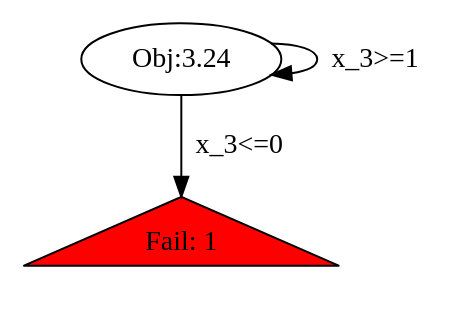
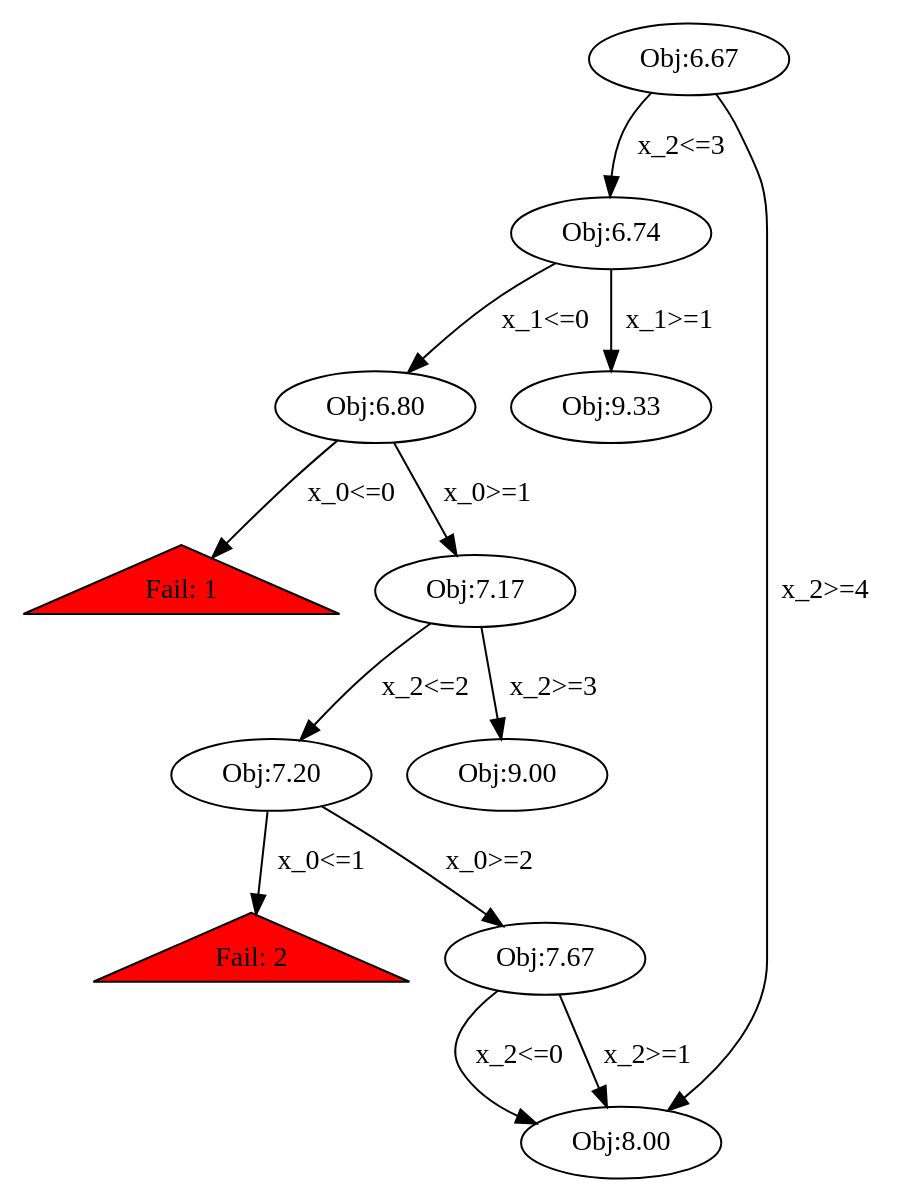
One commit to taj-gillin/explorateur changed the diagram in examples/branch_and_bound/output.dot. Above: the diagram before and after it, drawn with Graphviz. The commit also changed 6 other files, not shown here.

```diff
--- a/examples/branch_and_bound/output.dot
+++ b/examples/branch_and_bound/output.dot
@@ -1,6 +1,17 @@
 digraph G {
 spline=line;
-1 [label="Fail: 1" shape=triangle style=filled fillcolor=red];
-"Obj:3.24" -> 1 [label="x_3<=0"];
-"Obj:3.24" -> "Obj:3.24" [label="x_3>=1"];
+"Obj:6.67" -> "Obj:6.74" [label="x_2<=3"];
+"Obj:6.67" -> "Obj:8.00" [label="x_2>=4"];
+"Obj:6.74" -> "Obj:6.80" [label="x_1<=0"];
+"Obj:6.74" -> "Obj:9.33" [label="x_1>=1"];
+5 [label="Fail: 1" shape=triangle style=filled fillcolor=red];
+"Obj:6.80" -> 5 [label="x_0<=0"];
+"Obj:6.80" -> "Obj:7.17" [label="x_0>=1"];
+"Obj:7.17" -> "Obj:7.20" [label="x_2<=2"];
+"Obj:7.17" -> "Obj:9.00" [label="x_2>=3"];
+9 [label="Fail: 2" shape=triangle style=filled fillcolor=red];
+"Obj:7.20" -> 9 [label="x_0<=1"];
+"Obj:7.20" -> "Obj:7.67" [label="x_0>=2"];
+"Obj:7.67" -> "Obj:8.00" [label="x_2<=0"];
+"Obj:7.67" -> "Obj:8.00" [label="x_2>=1"];
 }
```
